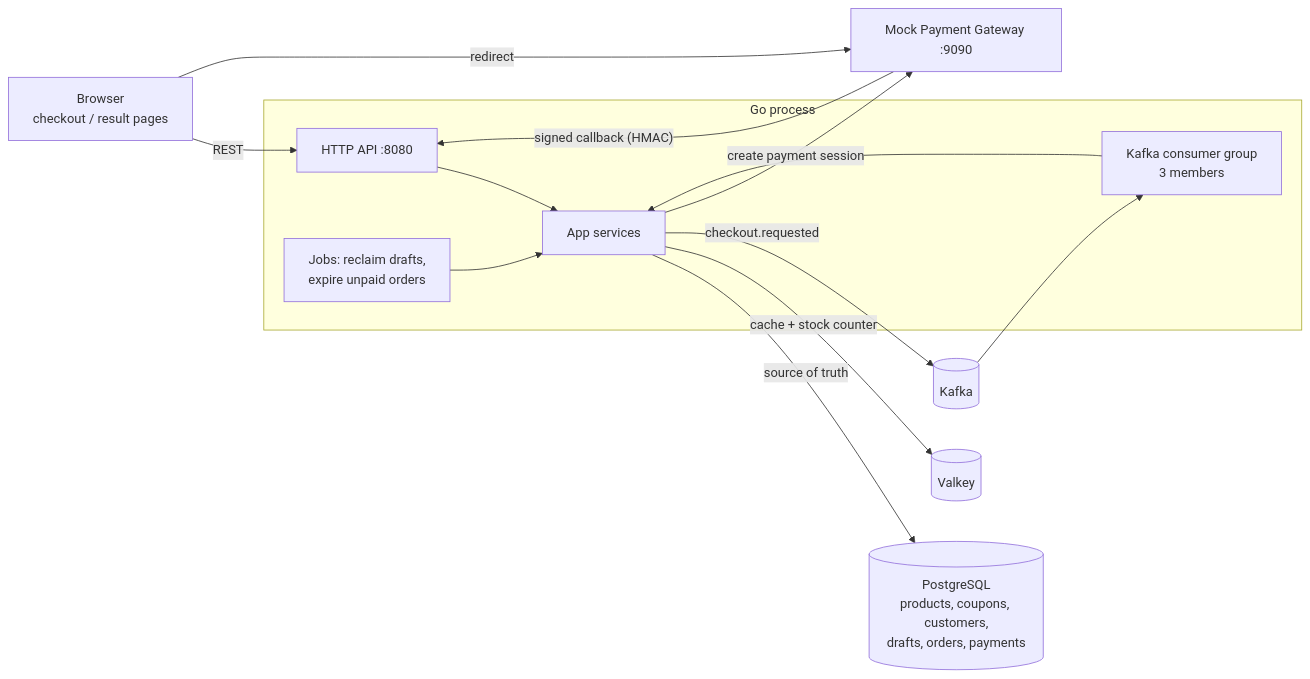
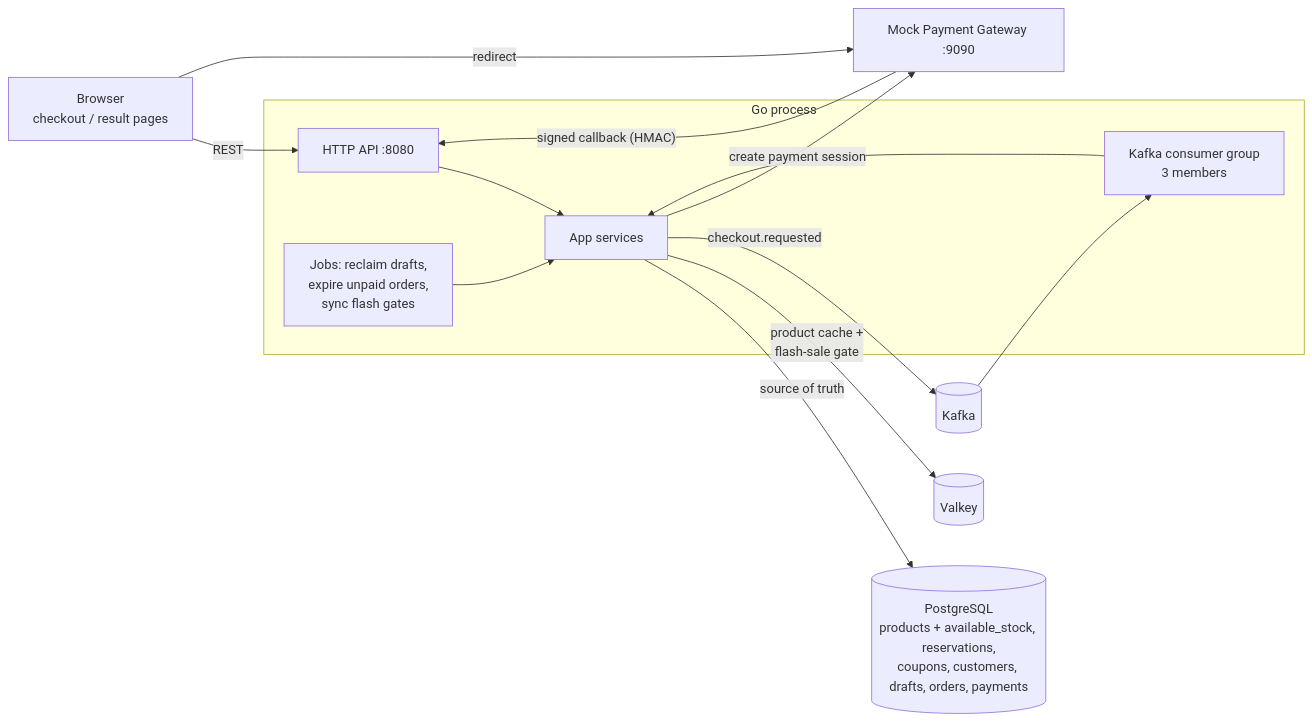
The first of 2 diagrams in README.md (Kaikai8888/simple-checkout-page), drawn with Mermaid before and after one commit. The commit also changed other lines of this file and 20 other files, not shown here.

First line of the commit message:
feat(stock): reserve stock in PostgreSQL with a Valkey gate for flash sales

````diff
--- a/README.md
+++ b/README.md
@@ -42,18 +43,18 @@
 ```mermaid
 flowchart LR
   B[Browser<br/>checkout / result pages] -- REST --> API
   B -- redirect --> GW[Mock Payment Gateway :9090]
   GW -- signed callback (HMAC) --> API
 
   subgraph app[Go process]
     API[HTTP API :8080] --> SVC[App services]
     C[Kafka consumer group<br/>3 members] --> SVC
-    J[Jobs: reclaim drafts,<br/>expire unpaid orders] --> SVC
+    J[Jobs: reclaim drafts,<br/>expire unpaid orders,<br/>sync flash gates] --> SVC
   end
 
-  SVC -- source of truth --> PG[(PostgreSQL<br/>products, coupons, customers,<br/>drafts, orders, payments)]
-  SVC -- cache + stock counter --> VK[(Valkey)]
+  SVC -- source of truth --> PG[(PostgreSQL<br/>products + available_stock, reservations,<br/>coupons, customers, drafts, orders, payments)]
+  SVC -- product cache +<br/>flash-sale gate --> VK[(Valkey)]
   SVC -- checkout.requested --> K[(Kafka)]
   K --> C
   SVC -- create payment session --> GW
 ```
````
